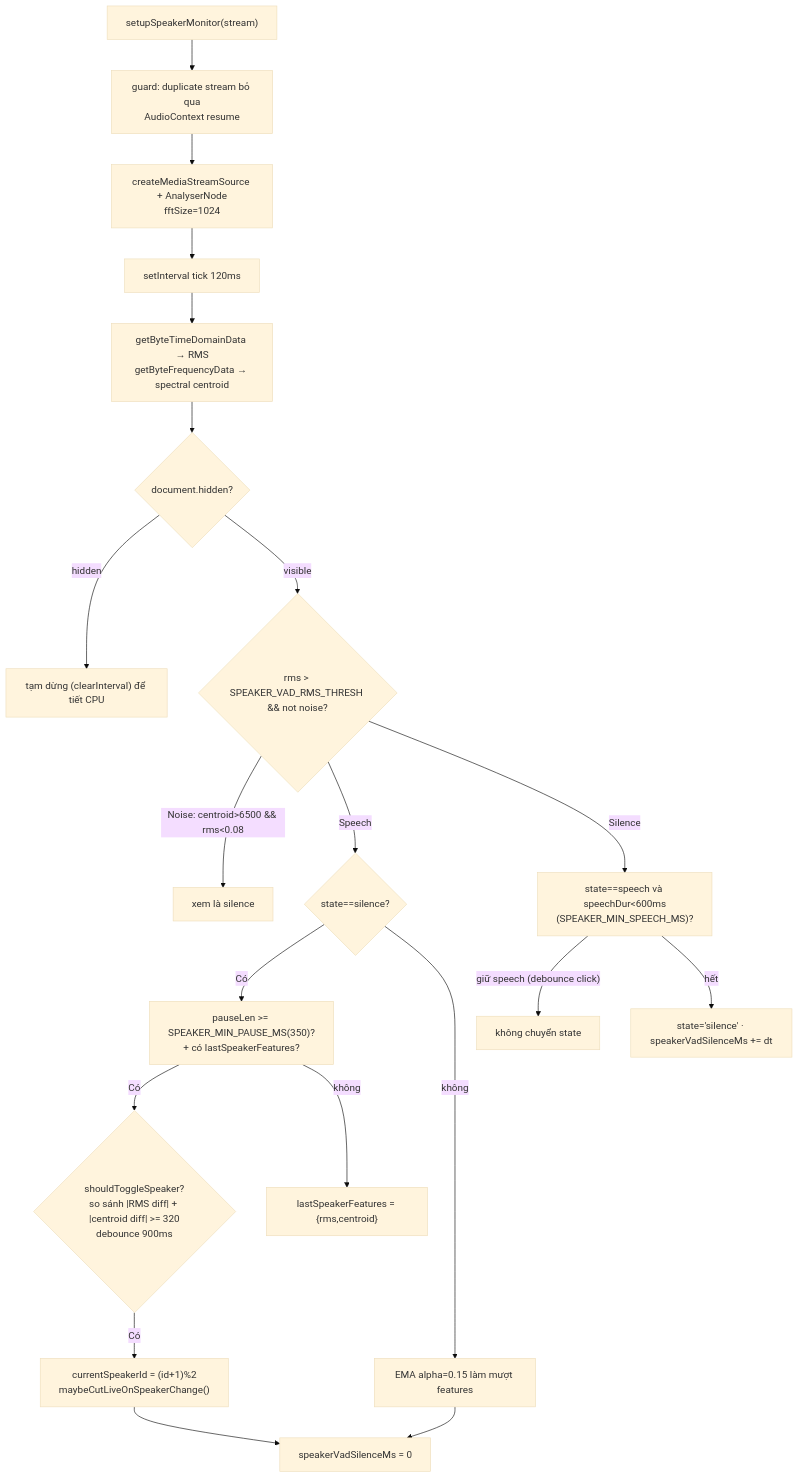
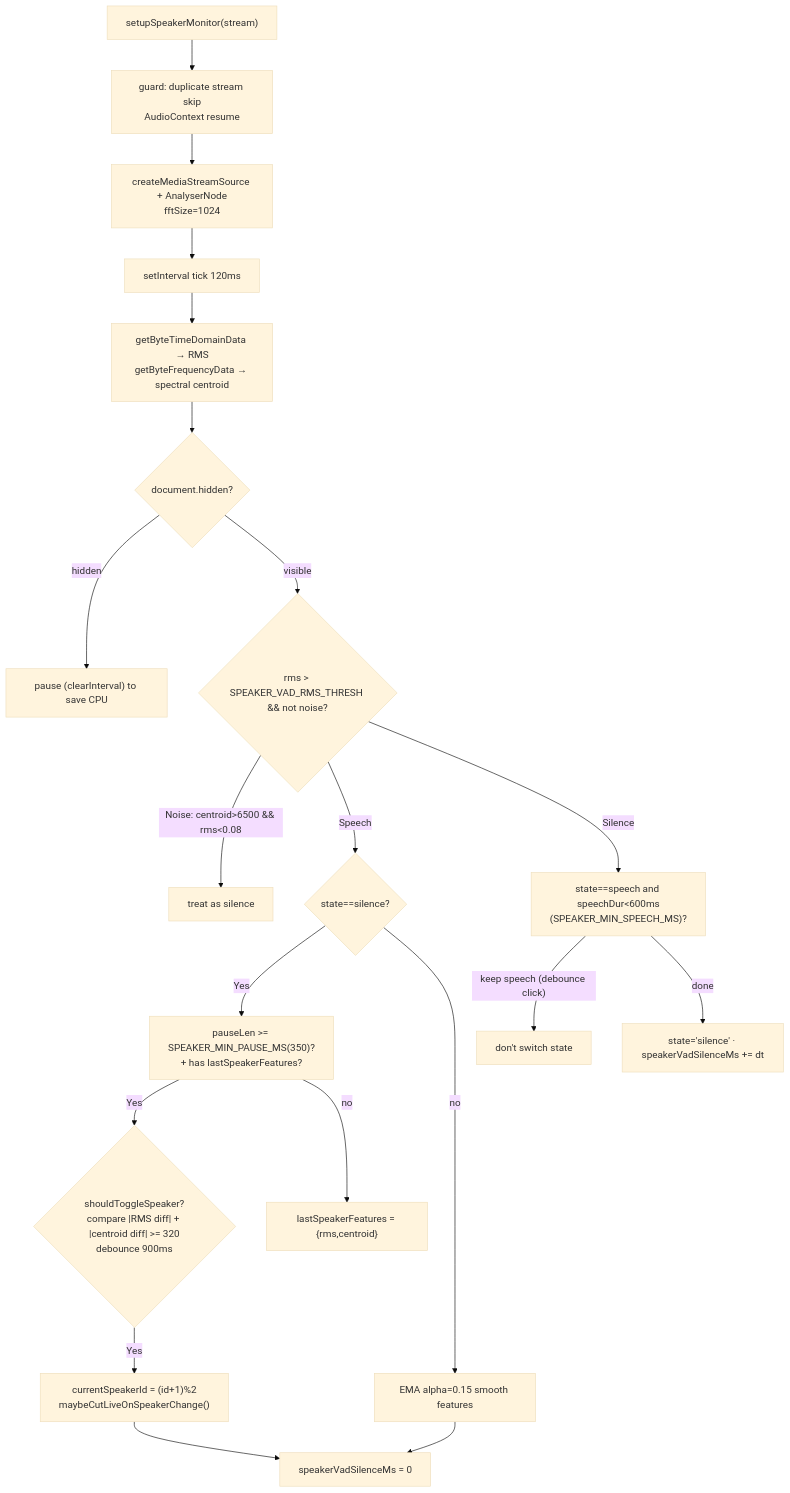
Before and after one commit to nbhson/app-live-translate-extension: the eighth of 9 diagrams in README.md, drawn with Mermaid (base theme). The commit also changed other lines of this file, not shown here.

````diff
--- a/README.md
+++ b/README.md
@@ -319,24 +319,24 @@
 ```mermaid
 flowchart TD
-    A["setupSpeakerMonitor(stream)"] --> B["guard: duplicate stream bỏ qua<br/>AudioContext resume"]
+    A["setupSpeakerMonitor(stream)"] --> B["guard: duplicate stream skip<br/>AudioContext resume"]
     B --> C["createMediaStreamSource + AnalyserNode<br/>fftSize=1024"]
     C --> D["setInterval tick 120ms"]
 
     D --> E["getByteTimeDomainData → RMS<br/>getByteFrequencyData → spectral centroid"]
     E --> F{"document.hidden?"}
-    F -- "hidden" --> G["tạm dừng (clearInterval) để tiết CPU"]
+    F -- "hidden" --> G["pause (clearInterval) to save CPU"]
     F -- "visible" --> H{"rms > SPEAKER_VAD_RMS_THRESH && not noise?"}
-    H -- "Noise: centroid>6500 && rms<0.08" --> I["xem là silence"]
+    H -- "Noise: centroid>6500 && rms<0.08" --> I["treat as silence"]
     H -- "Speech" --> J{"state==silence?"}
-    J -- "Có" --> K["pauseLen >= SPEAKER_MIN_PAUSE_MS(350)?<br/>+ có lastSpeakerFeatures?"]
-    K -- "Có" --> L{"shouldToggleSpeaker?<br/>so sánh |RMS diff| + |centroid diff| >= 320<br/>debounce 900ms"}
-    L -- "Có" --> M["currentSpeakerId = (id+1)%2<br/>maybeCutLiveOnSpeakerChange()"]
-    K -- "không" --> N["lastSpeakerFeatures = {rms,centroid}"]
-    J -- "không" --> O["EMA alpha=0.15 làm mượt features"]
+    J -- "Yes" --> K["pauseLen >= SPEAKER_MIN_PAUSE_MS(350)?<br/>+ has lastSpeakerFeatures?"]
+    K -- "Yes" --> L{"shouldToggleSpeaker?<br/>compare |RMS diff| + |centroid diff| >= 320<br/>debounce 900ms"}
+    L -- "Yes" --> M["currentSpeakerId = (id+1)%2<br/>maybeCutLiveOnSpeakerChange()"]
+    K -- "no" --> N["lastSpeakerFeatures = {rms,centroid}"]
+    J -- "no" --> O["EMA alpha=0.15 smooth features"]
     M --> P["speakerVadSilenceMs = 0"]
     O --> P
 
-    H -- "Silence" --> Q["state==speech và speechDur<600ms<br/>(SPEAKER_MIN_SPEECH_MS)?"]
-    Q -- "giữ speech (debounce click)" --> R["không chuyển state"]
-    Q -- "hết" --> S["state='silence' · speakerVadSilenceMs += dt"]
+    H -- "Silence" --> Q["state==speech and speechDur<600ms<br/>(SPEAKER_MIN_SPEECH_MS)?"]
+    Q -- "keep speech (debounce click)" --> R["don't switch state"]
+    Q -- "done" --> S["state='silence' · speakerVadSilenceMs += dt"]
 ```
````
